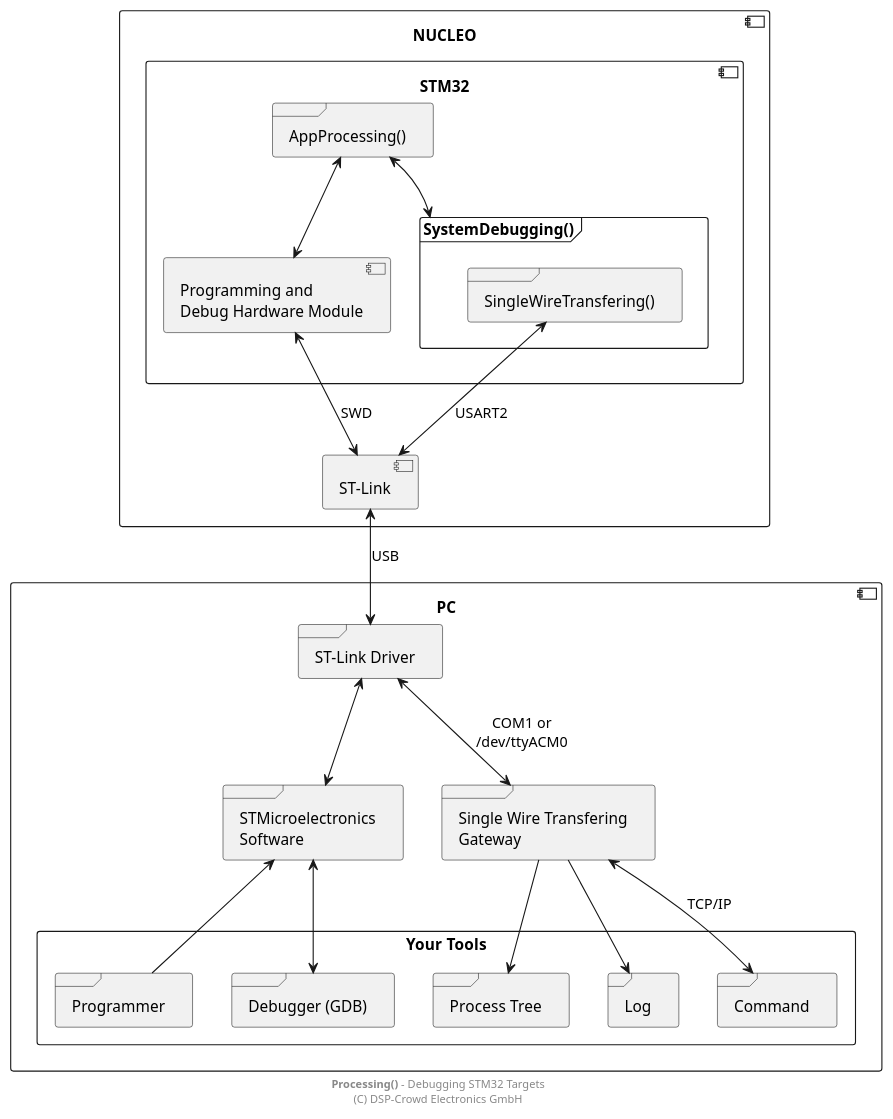
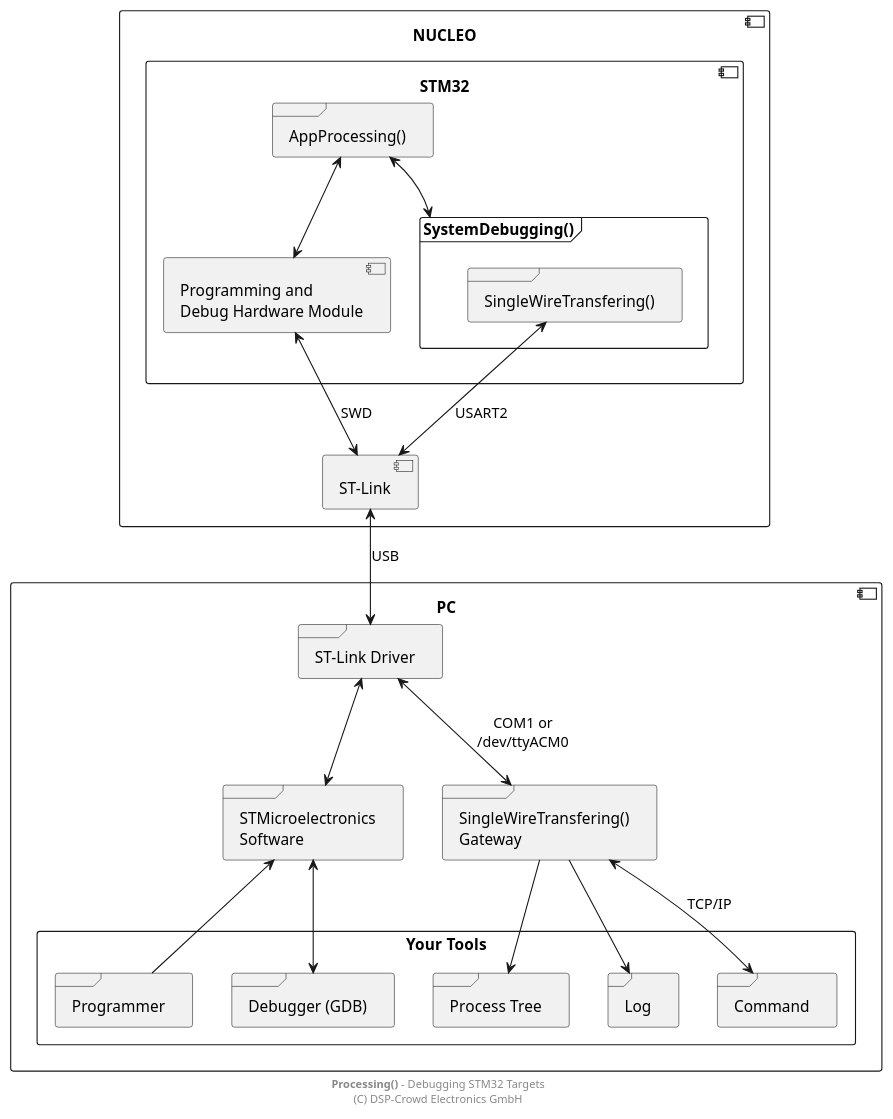
Before and after one commit to NoOrientationProgramming/hello-world-stm32: the diagram in doc/system/stm32-uart_3.pu, drawn with PlantUML. The commit also changed 2 other files, not shown here.

```diff
--- a/doc/system/stm32-uart_3.pu
+++ b/doc/system/stm32-uart_3.pu
@@ -2,64 +2,64 @@
 @startuml
 
 ' skinparam linetype ortho
 ' scale 0.6
 
 component "NUCLEO" as pNuc {
 
   component "STM32" {
 
     frame "AppProcessing()" as pApp
 
     frame "SystemDebugging()" as pSysDbg {
       frame "SingleWireTransfering()" as pSwt
     }
 
     component "Programming and\nDebug Hardware Module" as pHwDbg
 
     pApp <--> pHwDbg
     pApp <--> pSysDbg
   }
 
   component "ST-Link" as pStLink
 
   pSwt <--> pStLink : USART2
   pHwDbg <--> pStLink : SWD
 }
 
 component PC as pPc {
 
   frame "ST-Link Driver" as pDrv
 
-  frame "Single Wire Transfering\nGateway" as pGw
+  frame "SingleWireTransfering()\nGateway" as pGw
   frame "STMicroelectronics\nSoftware" as pStSw
 
   rectangle "Your Tools" as pTools {
 
     frame "Programmer" as pProg
     frame "Debugger (GDB)" as pDbg
 
     frame "Process Tree" as pTree
     frame "Log" as pLog
     frame "Command" as pCmd
     ' frame "Custom\nChannels" as pCustom
   }
 
   pDrv <--> pStSw
   pDrv <--> pGw : "COM1 or\n/dev/ttyACM0"
 
   pGw --> pTree
   pGw --> pLog
   pGw <--> pCmd : "TCP/IP"
   ' pGw <--> pCustom
 
   pStSw <-- pProg
   pStSw <--> pDbg
 
   pStSw -r[hidden]- pGw
 }
 
 pStLink <--> pDrv : USB
 
 footer **Processing()** - Debugging STM32 Targets\n(C) DSP-Crowd Electronics GmbH
 
 @enduml
```
